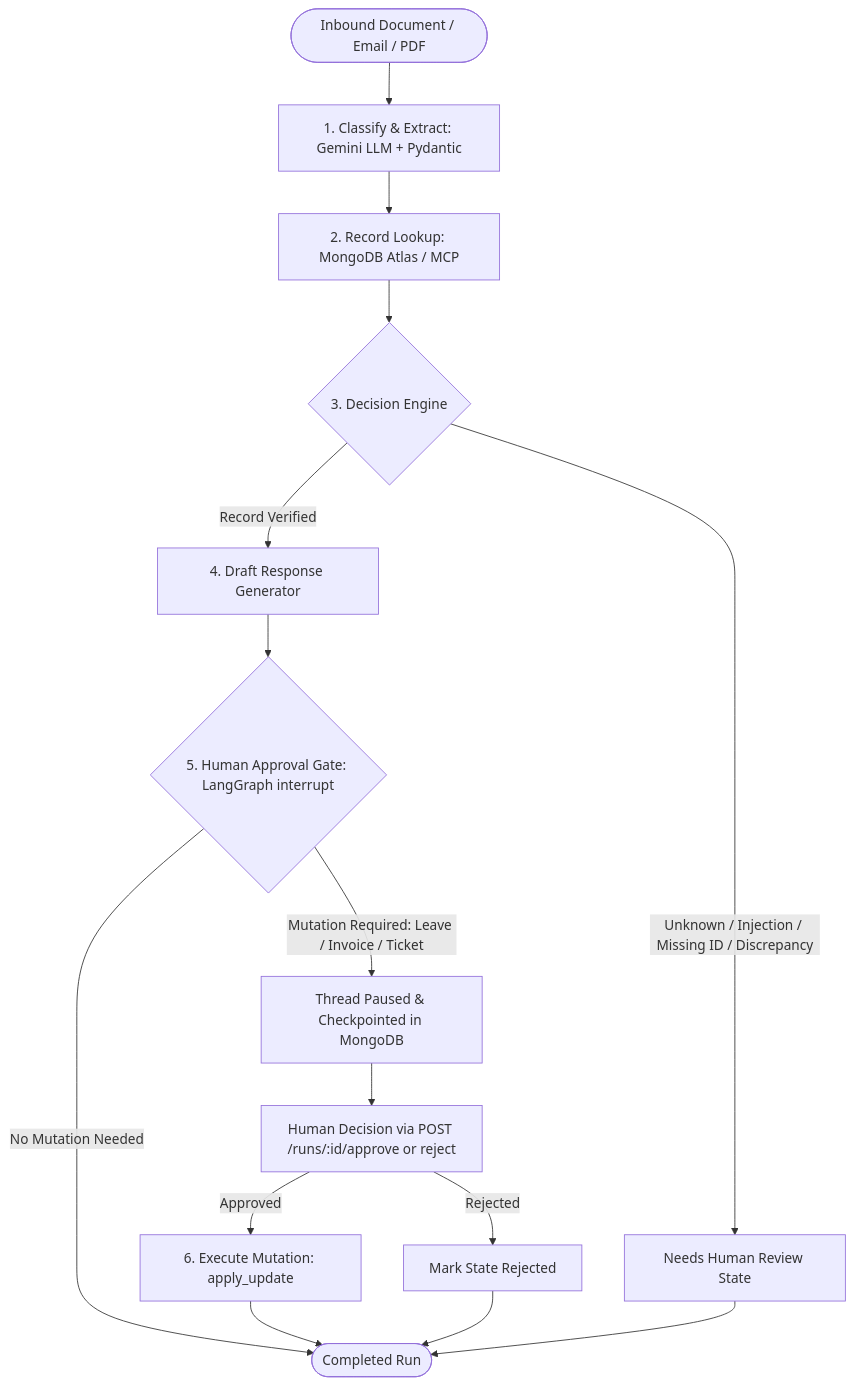
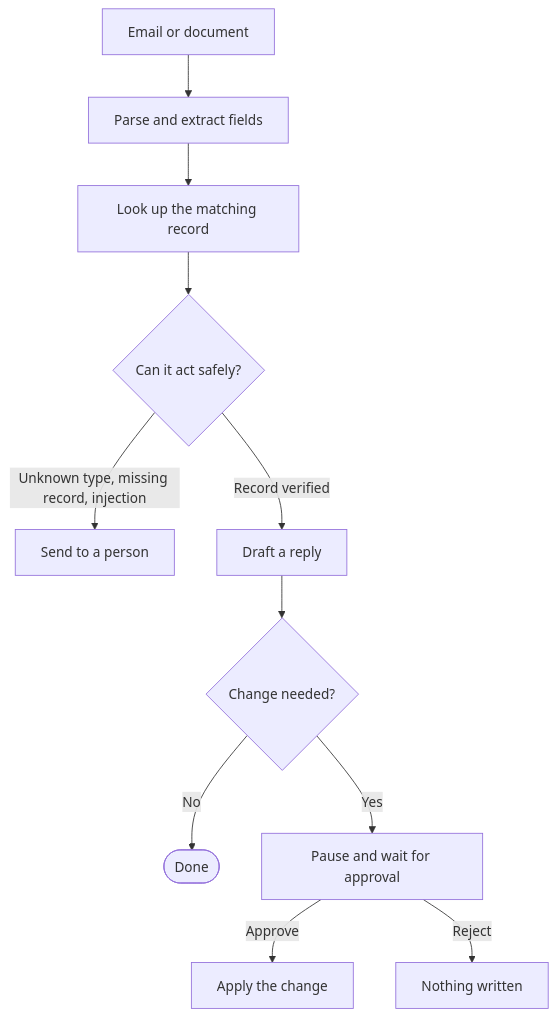
Before and after one commit to om3105/inboxpilot: the diagram in README.md, drawn with Mermaid. The commit also changed other lines of this file, not shown here.

First line of the commit message:
docs: rewrite README in a plain first-person voice

````diff
--- a/README.md
+++ b/README.md
@@ -20,23 +15,13 @@
 ```mermaid
 graph TD
-    Inbound([Inbound Document / Email / PDF]) --> Classify[1. Classify & Extract: Gemini LLM + Pydantic]
-    Classify --> Lookup[2. Record Lookup: MongoDB Atlas / MCP]
-    Lookup --> Decide{3. Decision Engine}
-    
-    Decide -->|Unknown / Injection / Missing ID / Discrepancy| DeadLetter[Needs Human Review State]
-    Decide -->|Record Verified| Draft[4. Draft Response Generator]
-    
-    Draft --> Gate{5. Human Approval Gate: LangGraph interrupt}
-    
-    Gate -->|No Mutation Needed| Complete([Completed Run])
-    Gate -->|Mutation Required: Leave / Invoice / Ticket| Paused[Thread Paused & Checkpointed in MongoDB]
-    
-    Paused --> API[Human Decision via POST /runs/:id/approve or reject]
-    
-    API -->|Approved| Exec[6. Execute Mutation: apply_update]
-    API -->|Rejected| Reject[Mark State Rejected]
-    
-    Exec --> Complete
-    Reject --> Complete
-    DeadLetter --> Complete
+    A[Email or document] --> B[Parse and extract fields]
+    B --> C[Look up the matching record]
+    C --> D{Can it act safely?}
+    D -->|Unknown type, missing record, injection| R[Send to a person]
+    D -->|Record verified| E[Draft a reply]
+    E --> F{Change needed?}
+    F -->|No| Done([Done])
+    F -->|Yes| P[Pause and wait for approval]
+    P -->|Approve| W[Apply the change]
+    P -->|Reject| X[Nothing written]
 ```
````
